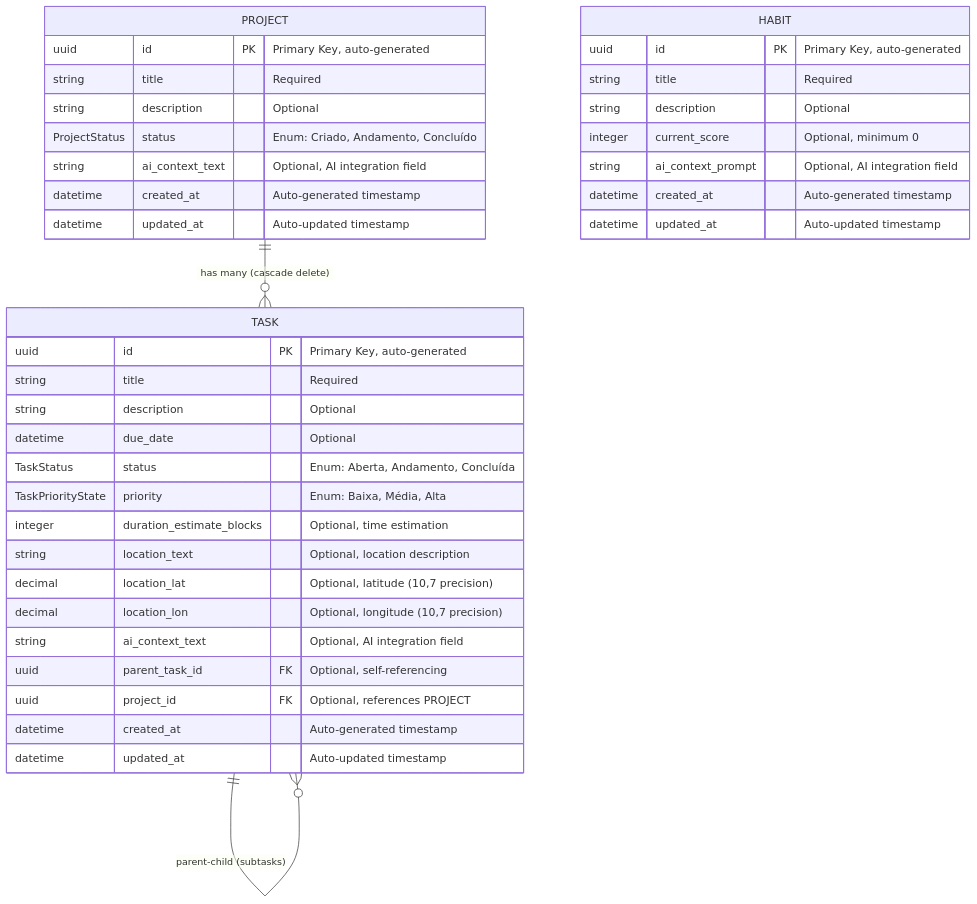
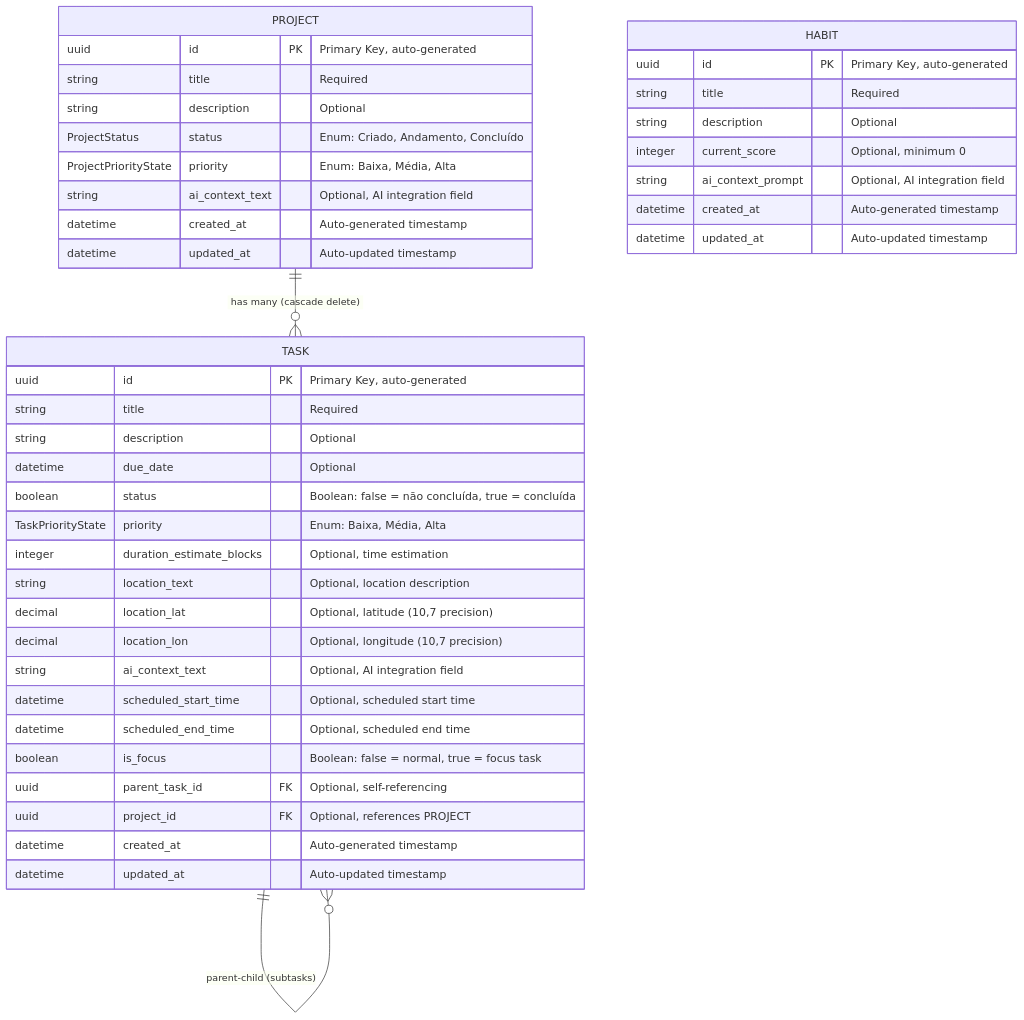
The diagram in ai_docs/database_diagram.md (MarcosQF/timebeing_backend), drawn with Mermaid before and after one commit. The commit also changed other lines of this file and 4 other files, not shown here.

````diff
--- a/ai_docs/database_diagram.md
+++ b/ai_docs/database_diagram.md
@@ -7,44 +7,48 @@
 ```mermaid
 erDiagram
     PROJECT {
         uuid id PK "Primary Key, auto-generated"
         string title "Required"
         string description "Optional"
         ProjectStatus status "Enum: Criado, Andamento, Concluído"
+        ProjectPriorityState priority "Enum: Baixa, Média, Alta"
         string ai_context_text "Optional, AI integration field"
         datetime created_at "Auto-generated timestamp"
         datetime updated_at "Auto-updated timestamp"
     }
 
     TASK {
         uuid id PK "Primary Key, auto-generated"
         string title "Required"
         string description "Optional"
         datetime due_date "Optional"
-        TaskStatus status "Enum: Aberta, Andamento, Concluída"
+        boolean status "Boolean: false = não concluída, true = concluída"
         TaskPriorityState priority "Enum: Baixa, Média, Alta"
         integer duration_estimate_blocks "Optional, time estimation"
         string location_text "Optional, location description"
         decimal location_lat "Optional, latitude (10,7 precision)"
         decimal location_lon "Optional, longitude (10,7 precision)"
         string ai_context_text "Optional, AI integration field"
+        datetime scheduled_start_time "Optional, scheduled start time"
+        datetime scheduled_end_time "Optional, scheduled end time"
+        boolean is_focus "Boolean: false = normal, true = focus task"
         uuid parent_task_id FK "Optional, self-referencing"
         uuid project_id FK "Optional, references PROJECT"
         datetime created_at "Auto-generated timestamp"
         datetime updated_at "Auto-updated timestamp"
     }
 
     HABIT {
         uuid id PK "Primary Key, auto-generated"
         string title "Required"
         string description "Optional"
         integer current_score "Optional, minimum 0"
         string ai_context_prompt "Optional, AI integration field"
         datetime created_at "Auto-generated timestamp"
         datetime updated_at "Auto-updated timestamp"
     }
 
     %% Relationships
     PROJECT ||--o{ TASK : "has many (cascade delete)"
     TASK ||--o{ TASK : "parent-child (subtasks)"
 ```
````
